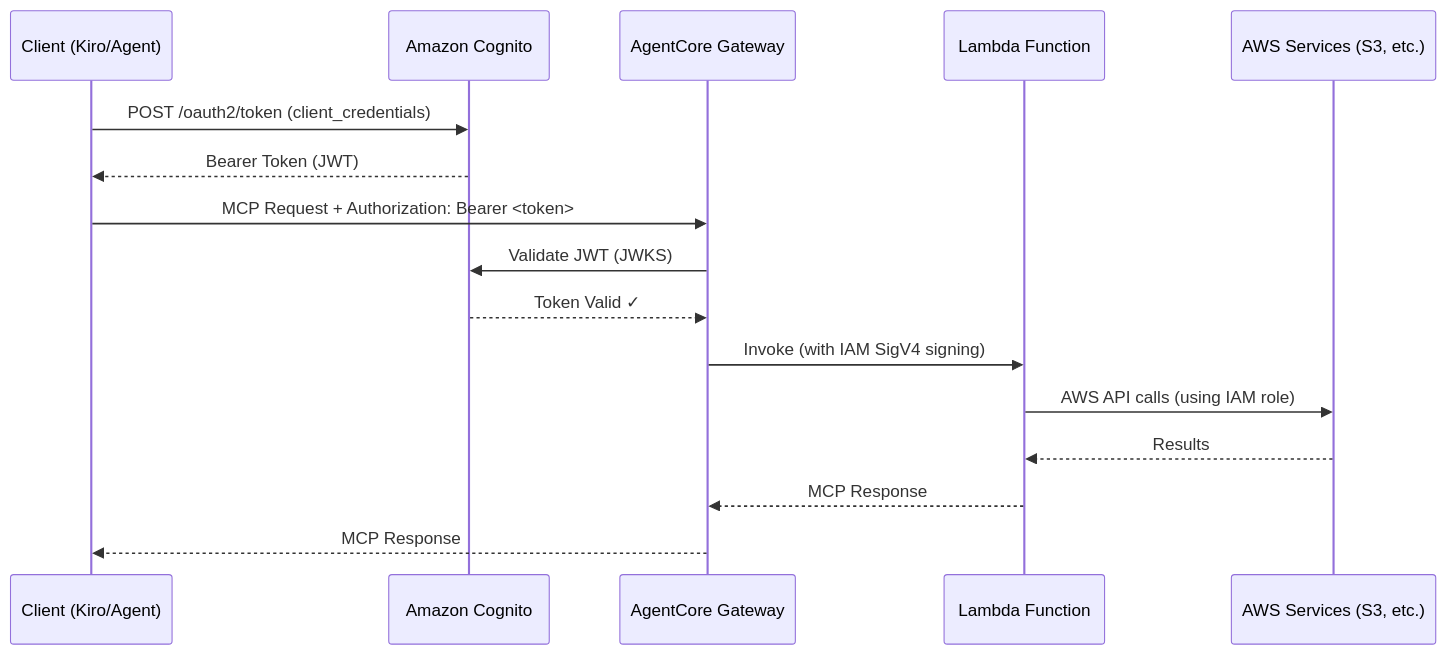
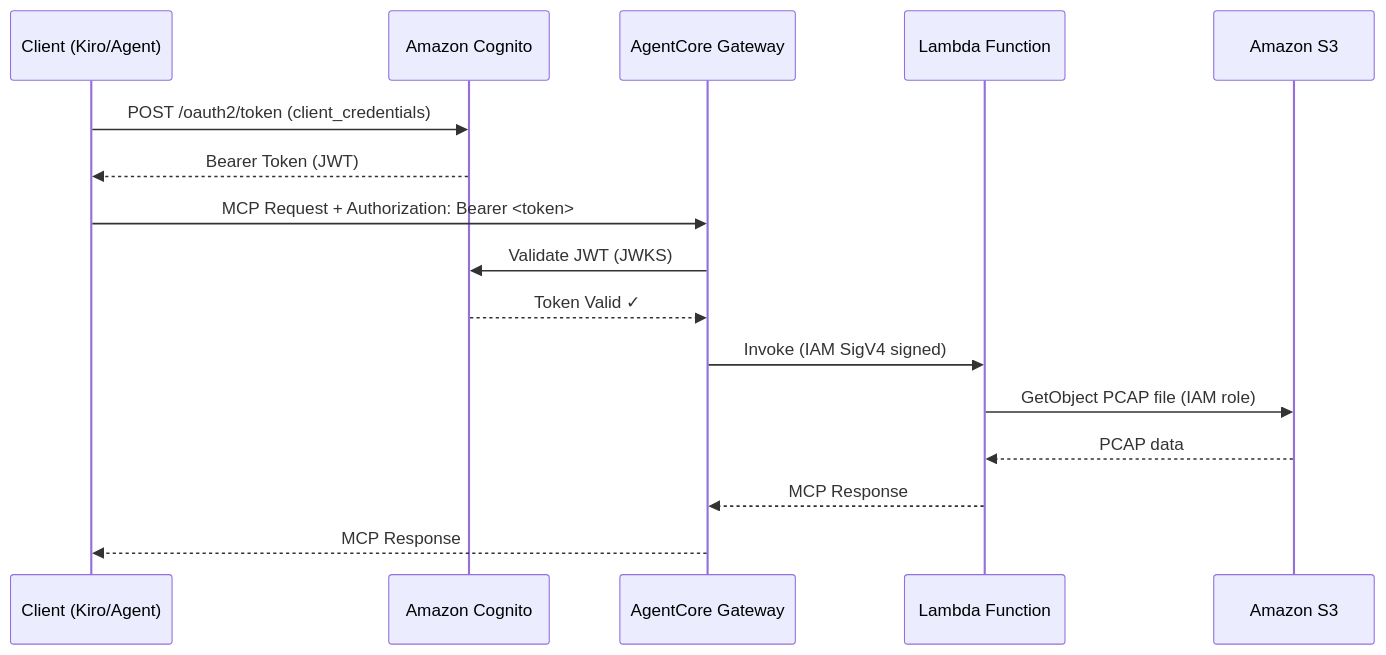
One commit to aws-samples/sample-pcap-analyzer-mcp changed the third of 3 diagrams in README.md. Above: the diagram before and after it, drawn with Mermaid. The commit also changed other lines of this file, not shown here.

Commit message:
docs: clean up README - remove redundant sections, fix nav links, consolidate auth config, remove AWS Labs footer

````diff
--- a/README.md
+++ b/README.md
@@ -550,21 +410,21 @@
 ```mermaid
 sequenceDiagram
     participant Client as Client (Kiro/Agent)
     participant Cognito as Amazon Cognito
     participant Gateway as AgentCore Gateway
     participant Lambda as Lambda Function
-    participant AWS as AWS Services (S3, etc.)
+    participant S3 as Amazon S3
 
     Client->>Cognito: POST /oauth2/token (client_credentials)
     Cognito-->>Client: Bearer Token (JWT)
 
     Client->>Gateway: MCP Request + Authorization: Bearer <token>
     Gateway->>Cognito: Validate JWT (JWKS)
     Cognito-->>Gateway: Token Valid ✓
 
-    Gateway->>Lambda: Invoke (with IAM SigV4 signing)
-    Lambda->>AWS: AWS API calls (using IAM role)
-    AWS-->>Lambda: Results
+    Gateway->>Lambda: Invoke (IAM SigV4 signed)
+    Lambda->>S3: GetObject PCAP file (IAM role)
+    S3-->>Lambda: PCAP data
     Lambda-->>Gateway: MCP Response
     Gateway-->>Client: MCP Response
 ```
````
